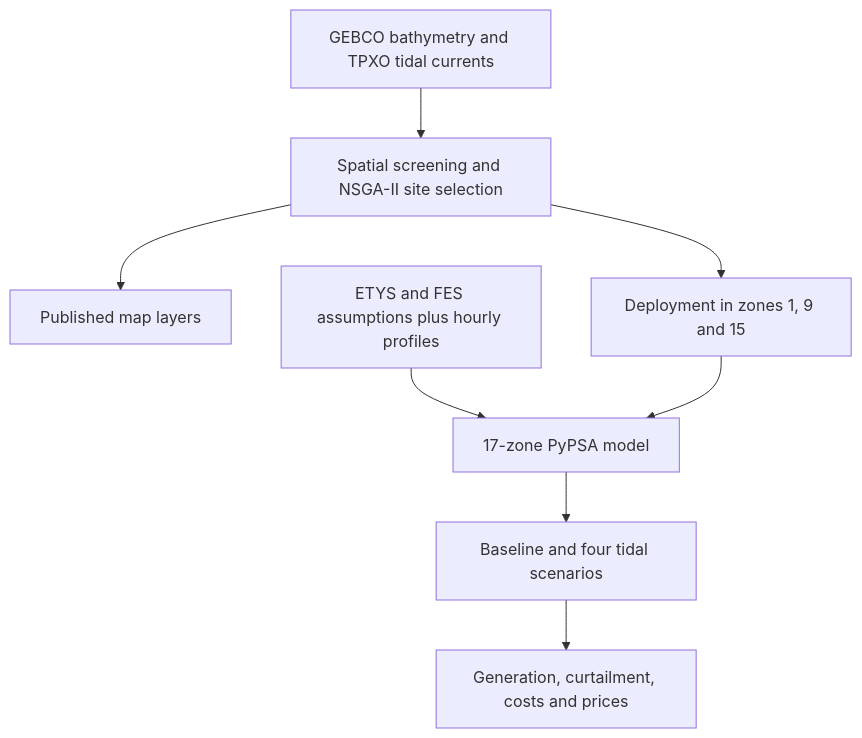
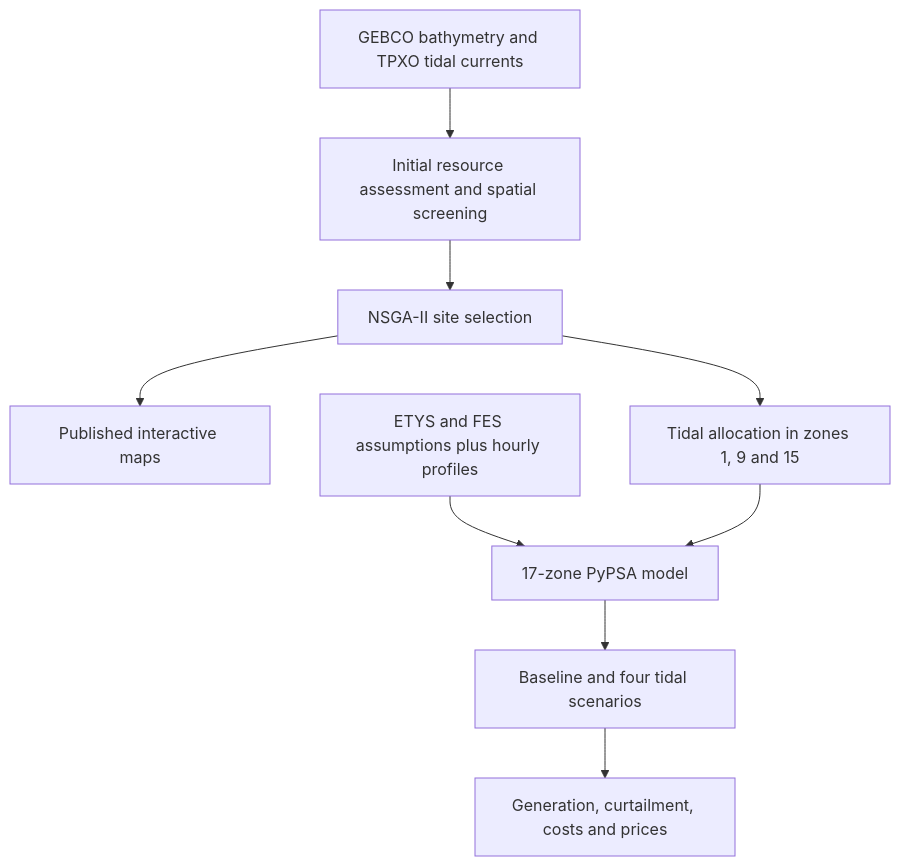
Before and after one commit to Danielckua/gb-tidal-energy: the diagram in README.md, drawn with Mermaid. The commit also changed other lines of this file and 9 other files, not shown here.

````diff
--- a/README.md
+++ b/README.md
@@ -21,10 +21,11 @@
 ```mermaid
 flowchart TD
-    A["GEBCO bathymetry and TPXO tidal currents"] --> B["Spatial screening and NSGA-II site selection"]
-    B --> C["Published map layers"]
-    B --> D["Deployment in zones 1, 9 and 15"]
-    E["ETYS and FES assumptions plus hourly profiles"] --> F["17-zone PyPSA model"]
-    D --> F
-    F --> G["Baseline and four tidal scenarios"]
-    G --> H["Generation, curtailment, costs and prices"]
+    A["GEBCO bathymetry and TPXO tidal currents"] --> B["Initial resource assessment and spatial screening"]
+    B --> C["NSGA-II site selection"]
+    C --> D["Published interactive maps"]
+    C --> E["Tidal allocation in zones 1, 9 and 15"]
+    F["ETYS and FES assumptions plus hourly profiles"] --> G["17-zone PyPSA model"]
+    E --> G
+    G --> H["Baseline and four tidal scenarios"]
+    H --> I["Generation, curtailment, costs and prices"]
 ```
````
